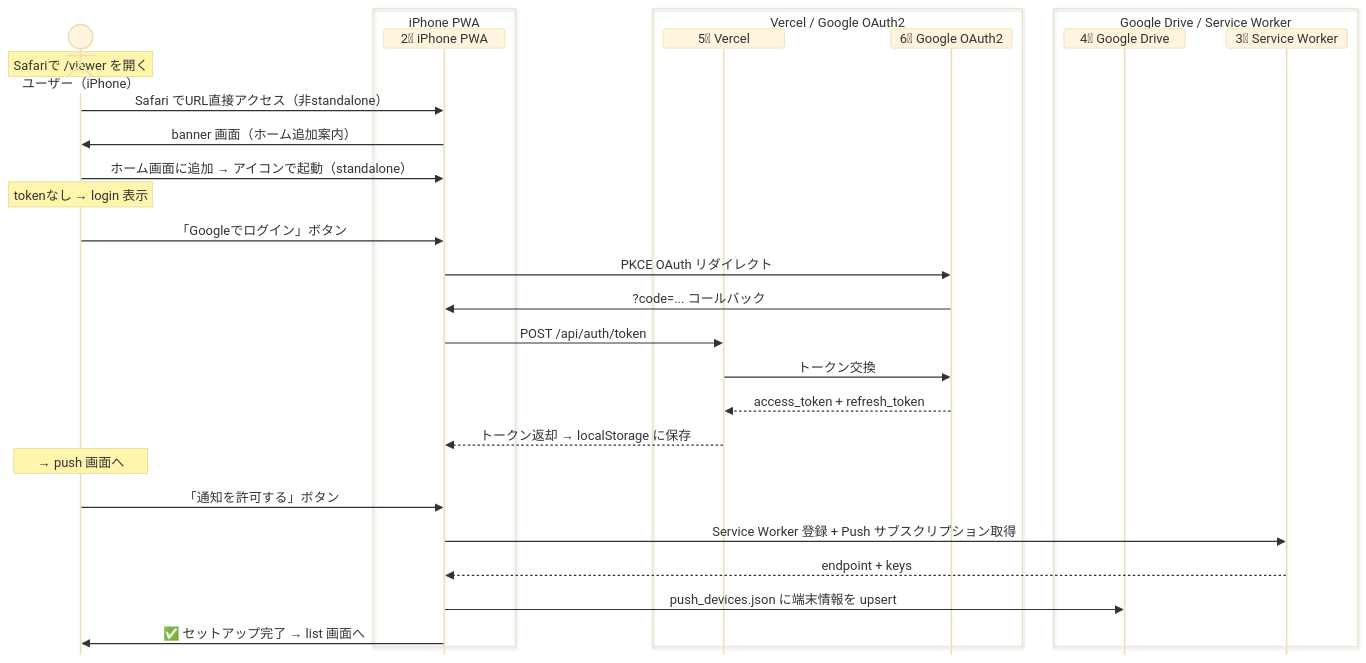
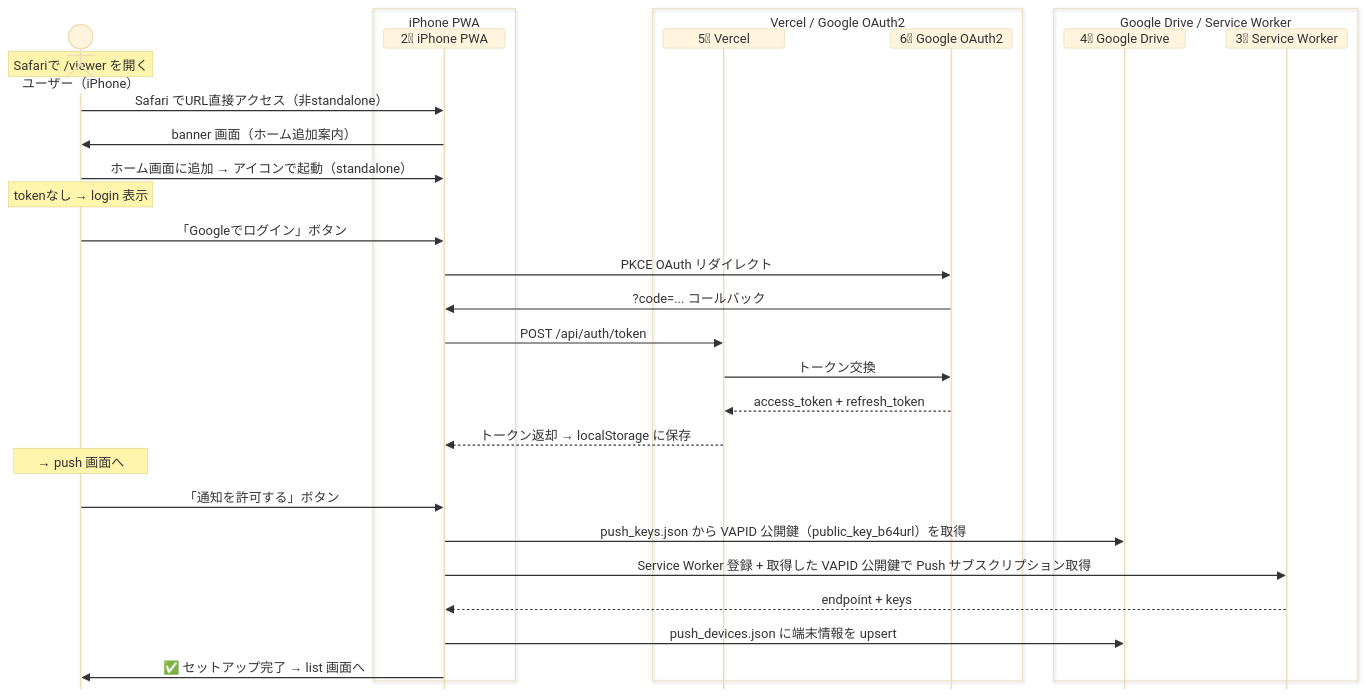
Before and after one commit to ore-no-fusen/ore-no-fusen: the third of 7 diagrams in docs-v2/003_IPHONE.md, drawn with Mermaid (base theme). The commit also changed other lines of this file and 8 other files, not shown here.

````diff
--- a/docs-v2/003_IPHONE.md
+++ b/docs-v2/003_IPHONE.md
@@ -517,35 +517,36 @@
 ```mermaid
 %%{init: {'sequence': {'messageMargin': 8, 'mirrorActors': false, 'height': 24, 'boxMargin': 4, 'noteMargin': 6}}}%%
 sequenceDiagram
     actor UserPhone as ユーザー（iPhone）
     box iPhone PWA
         participant PWA as 2⃣ iPhone PWA
     end
     box Vercel / Google OAuth2
         participant Vercel as 5⃣ Vercel
         participant OAuth as 6⃣ Google OAuth2
     end
     box Google Drive / Service Worker
         participant Drive as 4⃣ Google Drive
         participant SW as 3⃣ Service Worker
     end
 
     Note over UserPhone: Safariで /viewer を開く
     UserPhone->>PWA: Safari でURL直接アクセス（非standalone）
     PWA->>UserPhone: banner 画面（ホーム追加案内）
     UserPhone->>PWA: ホーム画面に追加 → アイコンで起動（standalone）
     Note over UserPhone: tokenなし → login 表示
     UserPhone->>PWA: 「Googleでログイン」ボタン
     PWA->>OAuth: PKCE OAuth リダイレクト
     OAuth->>PWA: ?code=... コールバック
     PWA->>Vercel: POST /api/auth/token
     Vercel->>OAuth: トークン交換
     OAuth-->>Vercel: access_token + refresh_token
     Vercel-->>PWA: トークン返却 → localStorage に保存
     Note over UserPhone: → push 画面へ
     UserPhone->>PWA: 「通知を許可する」ボタン
-    PWA->>SW: Service Worker 登録 + Push サブスクリプション取得
+    PWA->>Drive: push_keys.json から VAPID 公開鍵（public_key_b64url）を取得
+    PWA->>SW: Service Worker 登録 + 取得した VAPID 公開鍵で Push サブスクリプション取得
     SW-->>PWA: endpoint + keys
     PWA->>Drive: push_devices.json に端末情報を upsert
     PWA->>UserPhone: ✅ セットアップ完了 → list 画面へ
 ```
````
